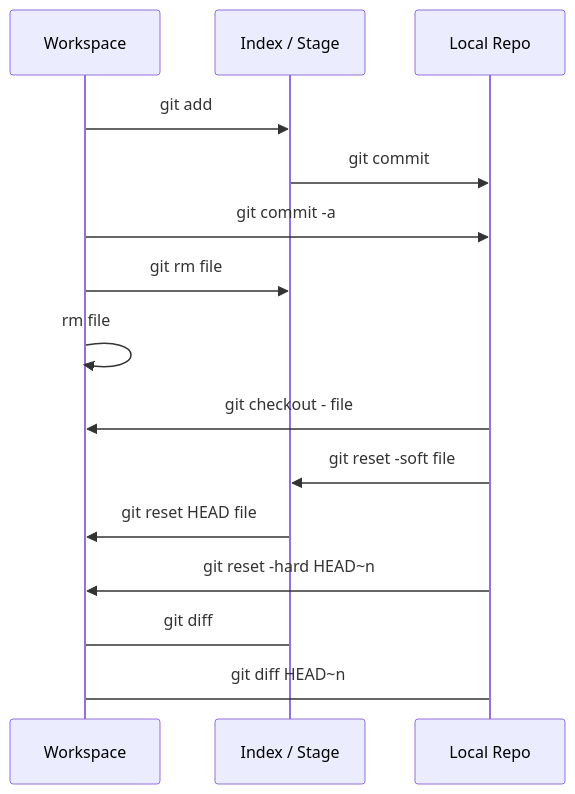
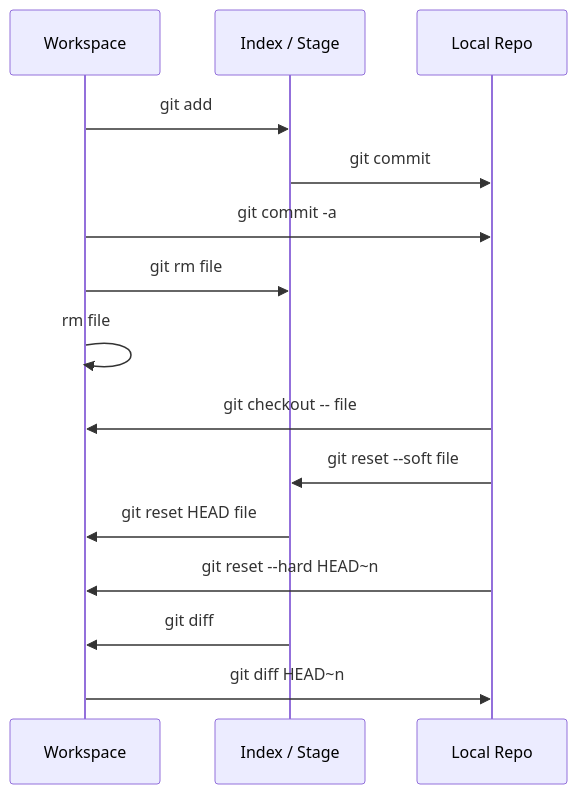
Before and after one commit to WouNice/General-Notes: the diagram in Git/Chapter 1 简介/3 Git理论基础.md, drawn with Mermaid. The commit also changed other lines of this file and 163 other files, not shown here.

````diff
--- a/Git/Chapter 1 简介/3 Git理论基础.md
+++ b/Git/Chapter 1 简介/3 Git理论基础.md
@@ -21,17 +31,17 @@
 ```mermaid
 sequenceDiagram
     participant Workspace
     participant Index / Stage
     participant Local Repo
     Workspace->>Index / Stage: git add
     Index / Stage->>Local Repo: git commit
     Workspace->>Local Repo: git commit -a
     Workspace->>Index / Stage: git rm file
     Workspace->>Workspace: rm file
-    Local Repo->>Workspace: git checkout - file
-    Local Repo->>Index / Stage: git reset -soft file
+    Local Repo->>Workspace: git checkout -- file
+    Local Repo->>Index / Stage: git reset --soft file
     Index / Stage->>Workspace: git reset HEAD file
-    Local Repo->>Workspace: git reset -hard HEAD~n
-    Index / Stage->Workspace: git diff
-    Workspace->Local Repo: git diff HEAD~n
+    Local Repo->>Workspace: git reset --hard HEAD~n
+    Index / Stage->>Workspace: git diff
+    Workspace->>Local Repo: git diff HEAD~n
 ```
````
